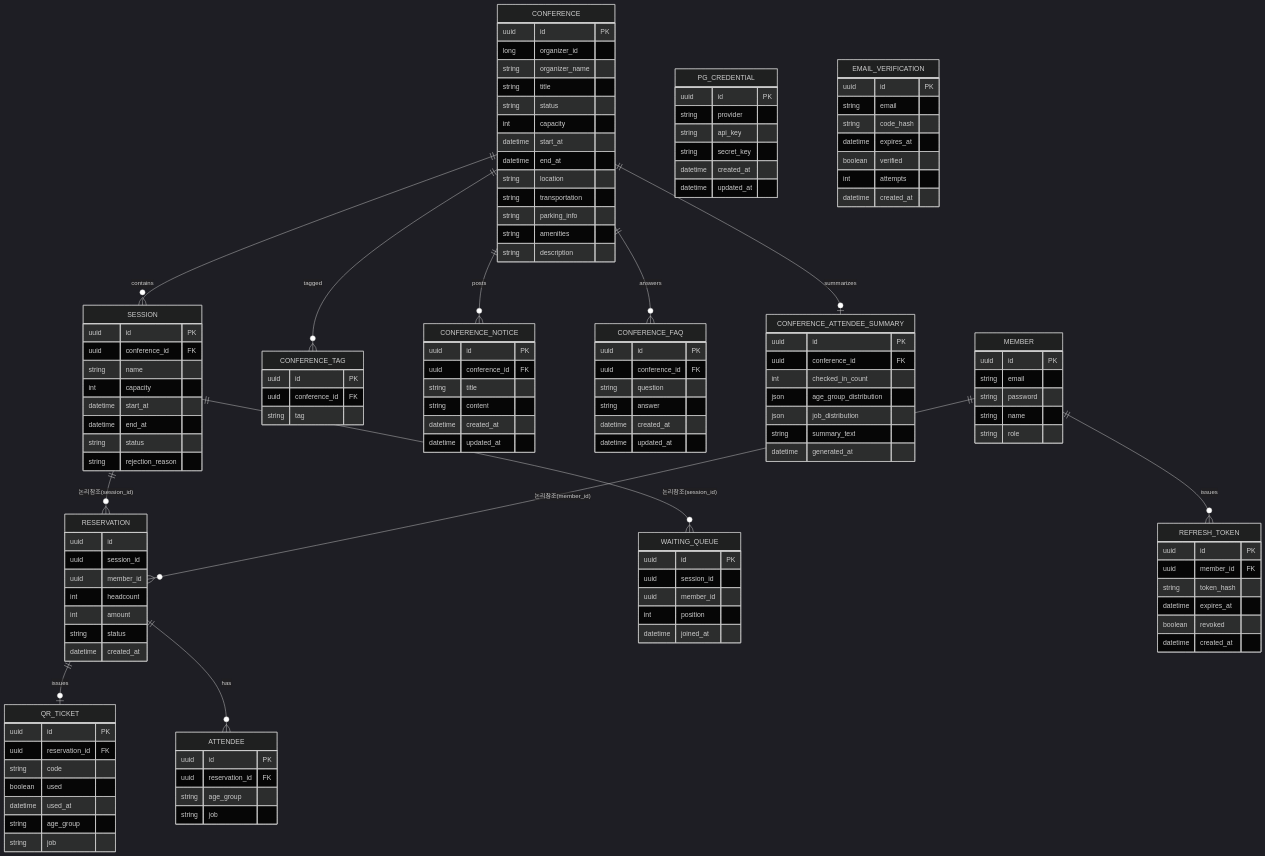
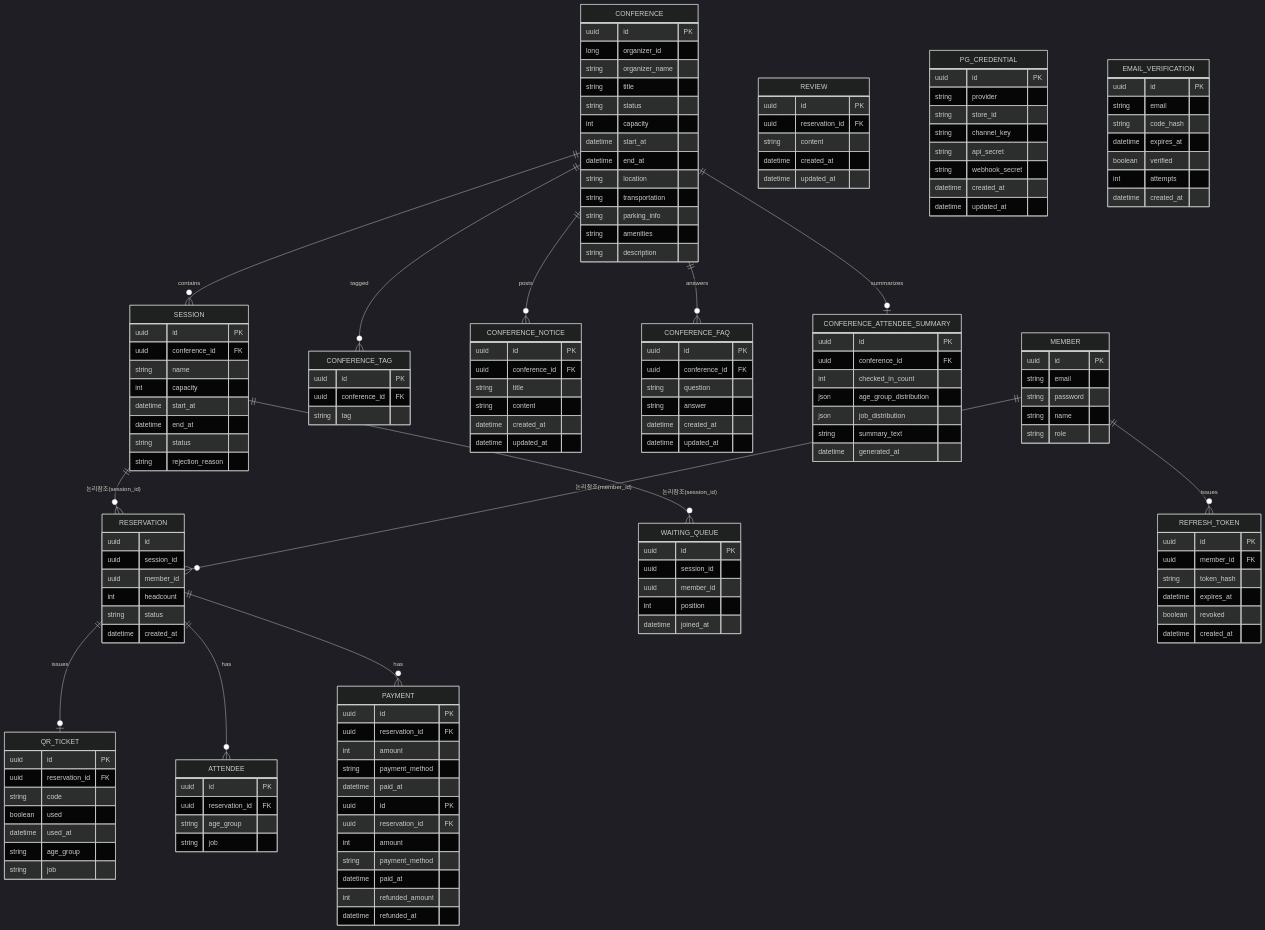
Before and after one commit to likelion-backend-24th/Final-Project-Team3: the diagram in docs/ERD.md, drawn with Mermaid (dark theme). The commit also changed other lines of this file and 5 other files, not shown here.

````diff
--- a/docs/ERD.md
+++ b/docs/ERD.md
@@ -83,6 +64,7 @@
     SESSION ||--o{ WAITING_QUEUE : "논리참조(session_id)"
     RESERVATION ||--o| QR_TICKET : issues
     RESERVATION ||--o{ ATTENDEE : "has"
+    RESERVATION ||--o{ PAYMENT : "has"
     MEMBER ||--o{ RESERVATION : "논리참조(member_id)"
     MEMBER ||--o{ REFRESH_TOKEN : issues
 
@@ -146,7 +128,6 @@
         uuid session_id
         uuid member_id
         int headcount
-        int amount
         string status
         datetime created_at
     }
@@ -157,6 +138,13 @@
         int position
         datetime joined_at
     }
+    PAYMENT {
+    uuid id PK
+    uuid reservation_id FK
+    int amount
+    string payment_method
+    datetime paid_at
+		}
     QR_TICKET {
         uuid id PK
         uuid reservation_id FK
@@ -172,14 +160,23 @@
         string age_group
         string job
     }
+    REVIEW {
+		    uuid id PK
+		    uuid reservation_id FK
+		    string content
+		    datetime created_at
+		    datetime updated_at
+		}
     PG_CREDENTIAL {
-        uuid id PK
-        string provider
-        string api_key
-        string secret_key
-        datetime created_at
-        datetime updated_at
-    }
+    uuid id PK
+    string provider
+    string store_id
+    string channel_key
+    string api_secret
+    string webhook_secret
+    datetime created_at
+    datetime updated_at
+		}
     MEMBER {
         uuid id PK
         string email
@@ -204,4 +201,13 @@
         int attempts
         datetime created_at
     }
+    PAYMENT {
+    uuid id PK
+    uuid reservation_id FK
+    int amount
+    string payment_method
+    datetime paid_at
+    int refunded_amount
+    datetime refunded_at
+}
 ```
````
